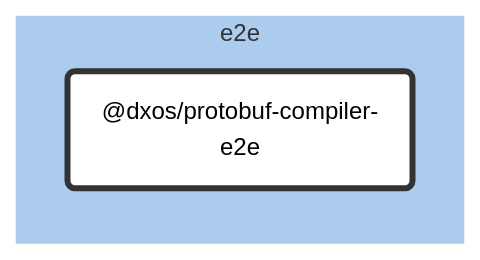
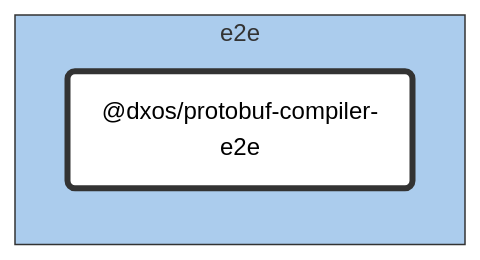
The diagram in packages/e2e/protobuf-compiler/docs/README.md (dxos/dxos), drawn with Mermaid (forest theme) before and after one commit. The commit also changed 89 other files, not shown here.

````diff
--- a/packages/e2e/protobuf-compiler/docs/README.md
+++ b/packages/e2e/protobuf-compiler/docs/README.md
@@ -7,20 +7,20 @@
 ```mermaid
 %%{ init: {'flowchart':{'curve':'basis'}} }%%
 
 flowchart LR
 
 %% Classes
 classDef def fill:#fff,stroke:#333,stroke-width:1px
 classDef root fill:#fff,stroke:#333,stroke-width:4px
 
 %% Nodes
 
 subgraph e2e [e2e]
-  style e2e fill:#abcced,stroke:#fff
+  style e2e fill:#abcced,stroke:#333
   dxos/protobuf-compiler-e2e("@dxos/protobuf-compiler-e2e"):::root
   click dxos/protobuf-compiler-e2e "dxos/dxos/tree/main/packages/e2e/protobuf-compiler/docs"
 end
 
 %% Links
 linkStyle default stroke:#333,stroke-width:1px
 ```
````
